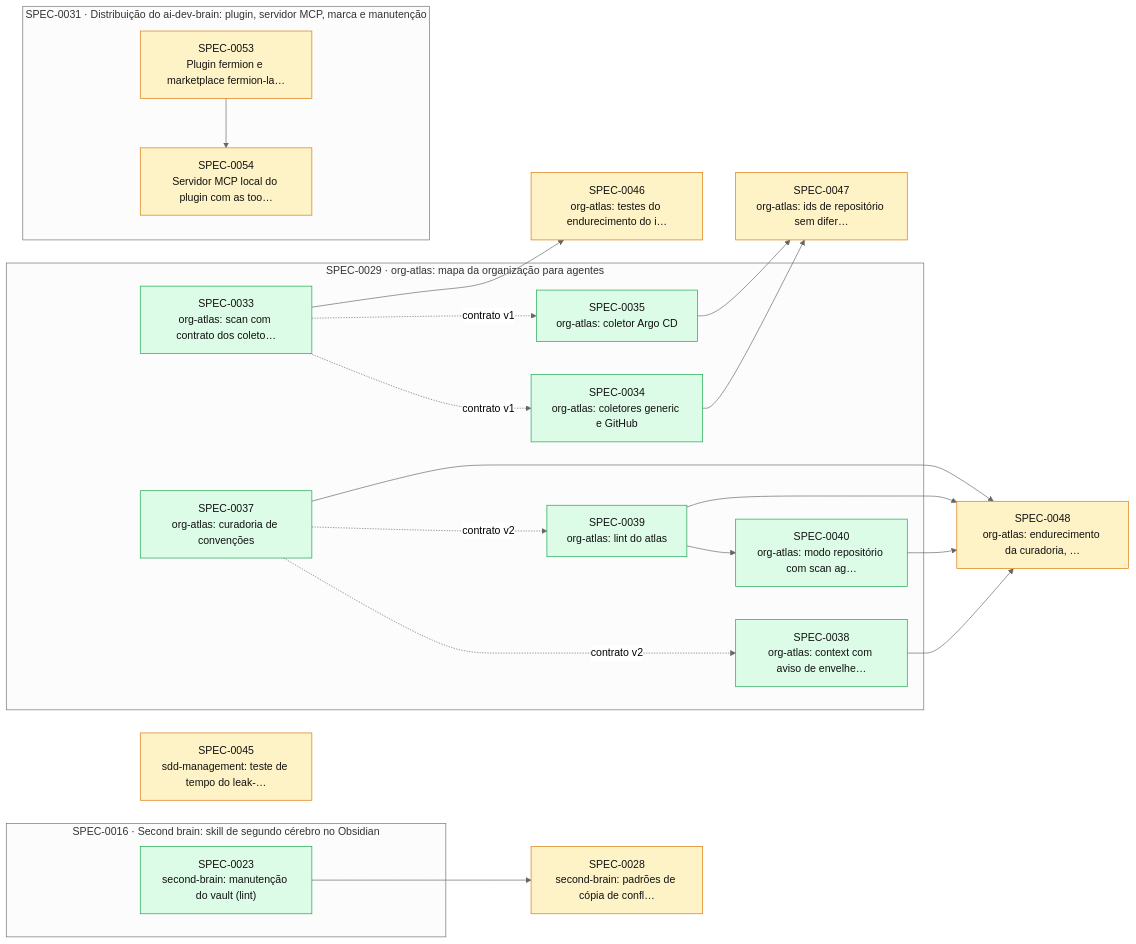
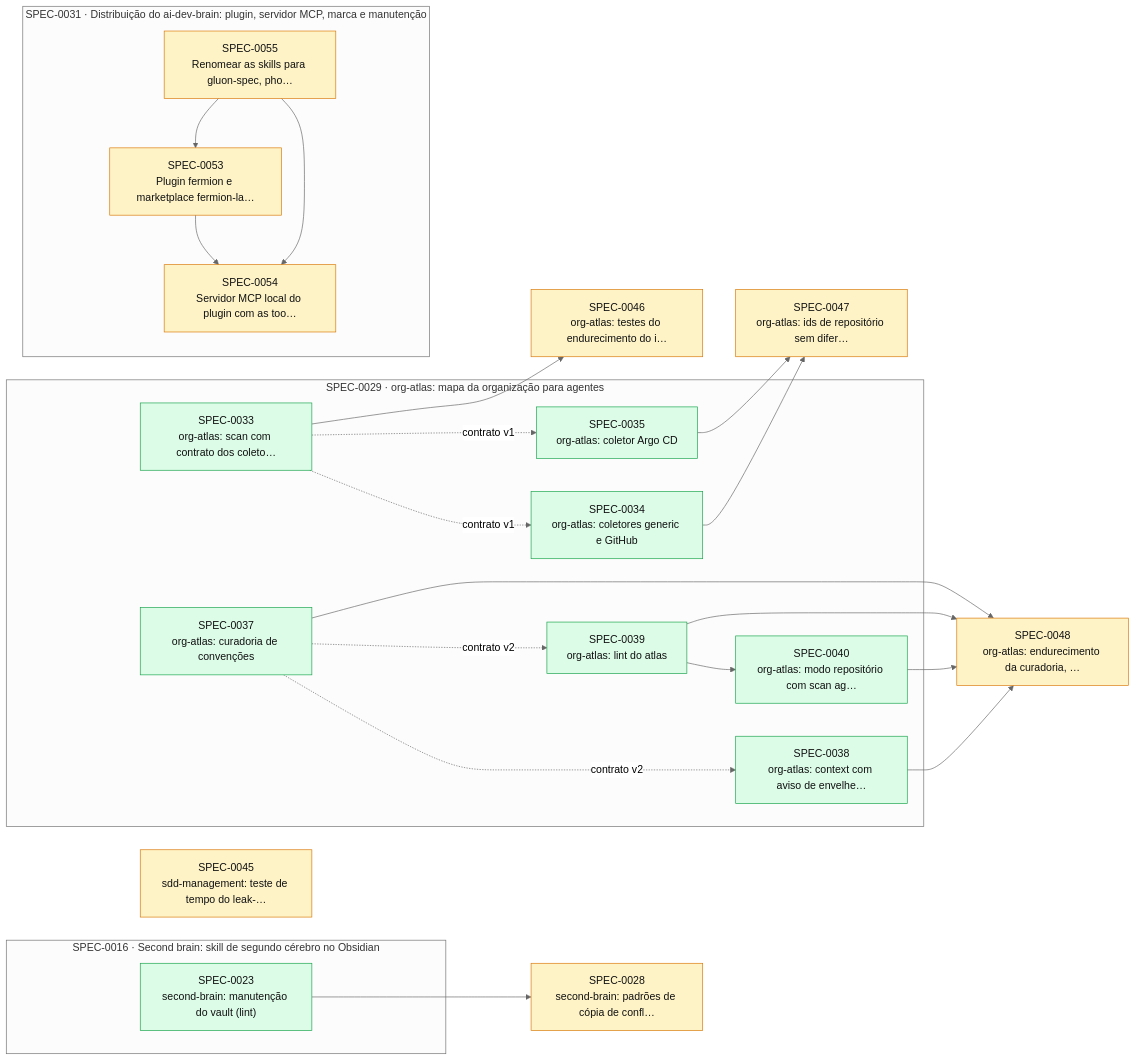
The diagram in docs/specs/INDEX.md (thomasravache/ai-dev-brain), drawn with Mermaid (neutral theme) before and after one commit. The commit also changed other lines of this file and 5 other files, not shown here.

First line of the commit message:
docs(specs): SPEC-0055 renomeia as skills antes do plugin, ADR-0018

````diff
--- a/docs/specs/INDEX.md
+++ b/docs/specs/INDEX.md
@@ -54,43 +55,46 @@
 ```mermaid
 flowchart LR
   S0028["SPEC-0028<br/>second-brain: padrões de cópia de confl…"]:::proposed
   S0045["SPEC-0045<br/>sdd-management: teste de tempo do leak-…"]:::proposed
   S0046["SPEC-0046<br/>org-atlas: testes do endurecimento do i…"]:::proposed
   S0047["SPEC-0047<br/>org-atlas: ids de repositório sem difer…"]:::proposed
   S0048["SPEC-0048<br/>org-atlas: endurecimento da curadoria, …"]:::proposed
   subgraph E0016["SPEC-0016 · Second brain: skill de segundo cérebro no Obsidian"]
     S0023["SPEC-0023<br/>second-brain: manutenção do vault (lint)"]:::implemented
   end
   subgraph E0029["SPEC-0029 · org-atlas: mapa da organização para agentes"]
     S0033["SPEC-0033<br/>org-atlas: scan com contrato dos coleto…"]:::implemented
     S0034["SPEC-0034<br/>org-atlas: coletores generic e GitHub"]:::implemented
     S0035["SPEC-0035<br/>org-atlas: coletor Argo CD"]:::implemented
     S0037["SPEC-0037<br/>org-atlas: curadoria de convenções"]:::implemented
     S0038["SPEC-0038<br/>org-atlas: context com aviso de envelhe…"]:::implemented
     S0039["SPEC-0039<br/>org-atlas: lint do atlas"]:::implemented
     S0040["SPEC-0040<br/>org-atlas: modo repositório com scan ag…"]:::implemented
   end
   subgraph E0031["SPEC-0031 · Distribuição do ai-dev-brain: plugin, servidor MCP, marca e manutenção"]
     S0053["SPEC-0053<br/>Plugin fermion e marketplace fermion-la…"]:::proposed
     S0054["SPEC-0054<br/>Servidor MCP local do plugin com as too…"]:::proposed
+    S0055["SPEC-0055<br/>Renomear as skills para gluon-spec, pho…"]:::proposed
   end
   S0023 --> S0028
   S0033 -. contrato v1 .-> S0034
   S0033 -. contrato v1 .-> S0035
   S0037 -. contrato v2 .-> S0038
   S0037 -. contrato v2 .-> S0039
   S0039 --> S0040
   S0033 --> S0046
   S0034 --> S0047
   S0035 --> S0047
   S0037 --> S0048
   S0038 --> S0048
   S0039 --> S0048
   S0040 --> S0048
+  S0055 --> S0053
   S0053 --> S0054
+  S0055 --> S0054
   classDef proposed fill:#fef3c7,stroke:#d97706,color:#111
   classDef approved fill:#dbeafe,stroke:#2563eb,color:#111
   classDef inprogress fill:#ede9fe,stroke:#7c3aed,color:#111
   classDef implemented fill:#dcfce7,stroke:#16a34a,color:#111
   classDef deprecated fill:#f3f4f6,stroke:#9ca3af,color:#6b7280
 ```
````
